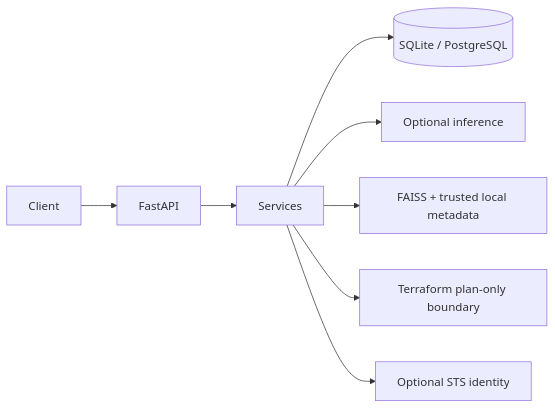
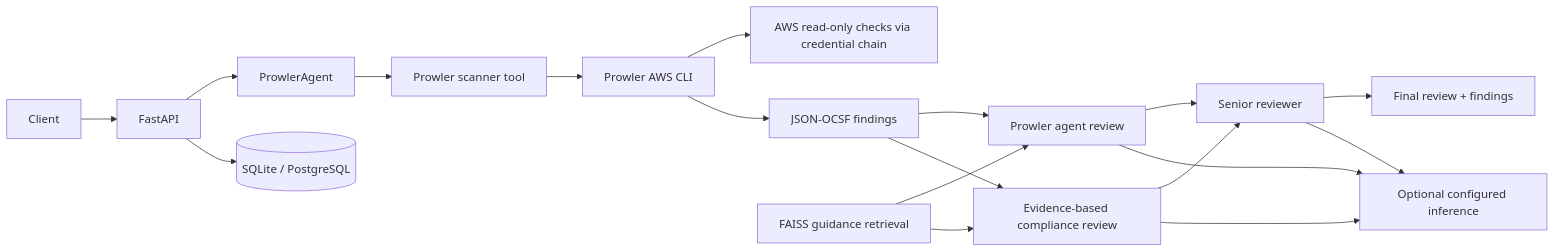
The diagram in README.md (anubhavbuildz/indra-ai), drawn with Mermaid before and after one commit. The commit also changed other lines of this file and 44 other files, not shown here.

````diff
--- a/README.md
+++ b/README.md
@@ -38,10 +34,20 @@
 ```mermaid
 flowchart LR
   Client --> FastAPI
-  FastAPI --> Services
-  Services --> Database[(SQLite / PostgreSQL)]
-  Services --> NVIDIA[Optional inference]
-  Services --> RAG[FAISS + trusted local metadata]
-  Services --> TF[Terraform plan-only boundary]
-  Services --> AWS[Optional STS identity]
+  FastAPI --> ProwlerAgent
+  ProwlerAgent --> Scanner[Prowler scanner tool]
+  Scanner --> CLI[Prowler AWS CLI]
+  CLI --> AWS[AWS read-only checks via credential chain]
+  CLI --> Findings[JSON-OCSF findings]
+  Findings --> ProwlerReview[Prowler agent review]
+  Findings --> Compliance[Evidence-based compliance review]
+  RAG[FAISS guidance retrieval] --> ProwlerReview
+  RAG --> Compliance
+  ProwlerReview --> Senior[Senior reviewer]
+  Compliance --> Senior
+  Senior --> Response[Final review + findings]
+  FastAPI --> Database[(SQLite / PostgreSQL)]
+  ProwlerReview --> NVIDIA[Optional configured inference]
+  Compliance --> NVIDIA
+  Senior --> NVIDIA
 ```
````
